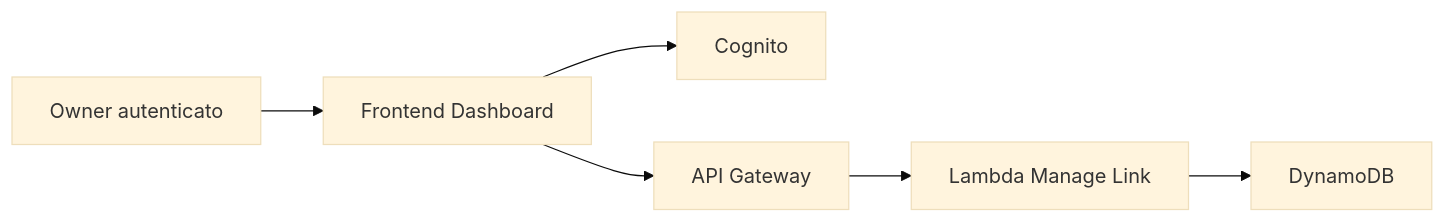
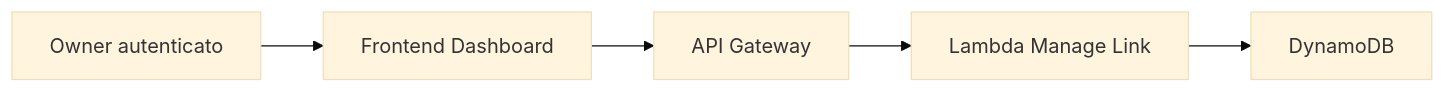
One commit to IngVincenzoBaldoni/ScanMe changed the second of 2 diagrams in docs/technical/architecture-overview.md. Above: the diagram before and after it, drawn with Mermaid (base theme). The commit also changed other lines of this file and 36 other files, not shown here.

````diff
--- a/docs/technical/architecture-overview.md
+++ b/docs/technical/architecture-overview.md
@@ -35,8 +35,7 @@
 ```mermaid
 flowchart LR
   O[Owner autenticato] --> FE[Frontend Dashboard]
-  FE --> COG[Cognito]
   FE --> API[API Gateway]
   API --> L2[Lambda Manage Link]
   L2 --> DDB[DynamoDB]
 ```
````
